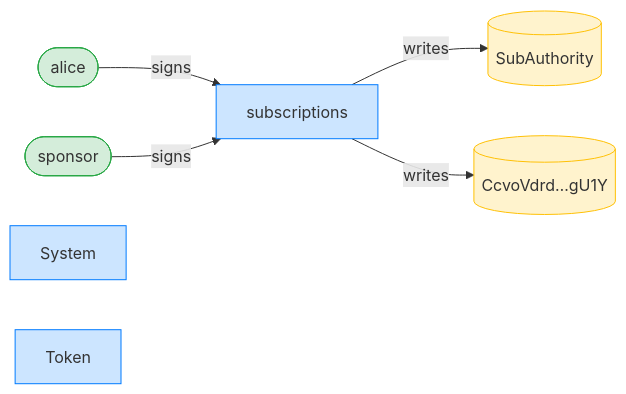
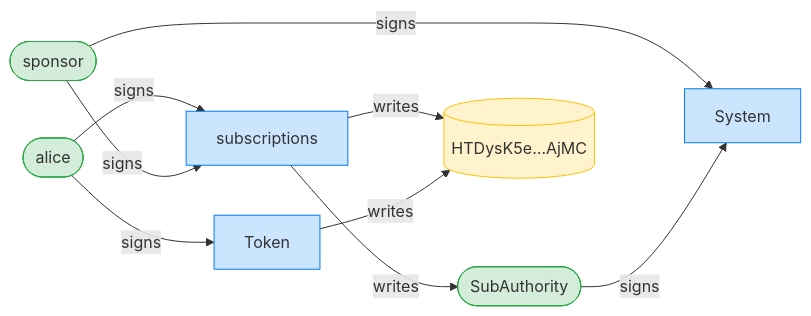
Before and after one commit to cds-rs/subscriptions: the third of 8 diagrams in dsl_tests/close-returns-rent-to-the-sponsor.md, drawn with Mermaid. The commit also changed other lines of this file and 224 other files, not shown here.

````diff
--- a/dsl_tests/close-returns-rent-to-the-sponsor.md
+++ b/dsl_tests/close-returns-rent-to-the-sponsor.md
@@ -54,17 +55,21 @@
 ```mermaid
 flowchart LR
     classDef signer fill:#d4edda,stroke:#28a745;
     classDef program fill:#cce5ff,stroke:#007bff;
     classDef writable fill:#fff3cd,stroke:#ffc107;
     subscriptions[subscriptions]:::program
     alice([alice]):::signer
-    SubAuthority[(SubAuthority)]:::writable
-    CcvoVdrd_gU1Y[("CcvoVdrd…gU1Y")]:::writable
+    SubAuthority([SubAuthority]):::signer
+    HTDysK5e_AjMC[("HTDysK5e…AjMC")]:::writable
     sponsor([sponsor]):::signer
     System[System]:::program
     Token[Token]:::program
     alice -->|signs| subscriptions
     sponsor -->|signs| subscriptions
+    sponsor -->|signs| System
+    SubAuthority -->|signs| System
+    alice -->|signs| Token
     subscriptions -->|writes| SubAuthority
-    subscriptions -->|writes| CcvoVdrd_gU1Y
+    subscriptions -->|writes| HTDysK5e_AjMC
+    Token -->|writes| HTDysK5e_AjMC
 ```
````
